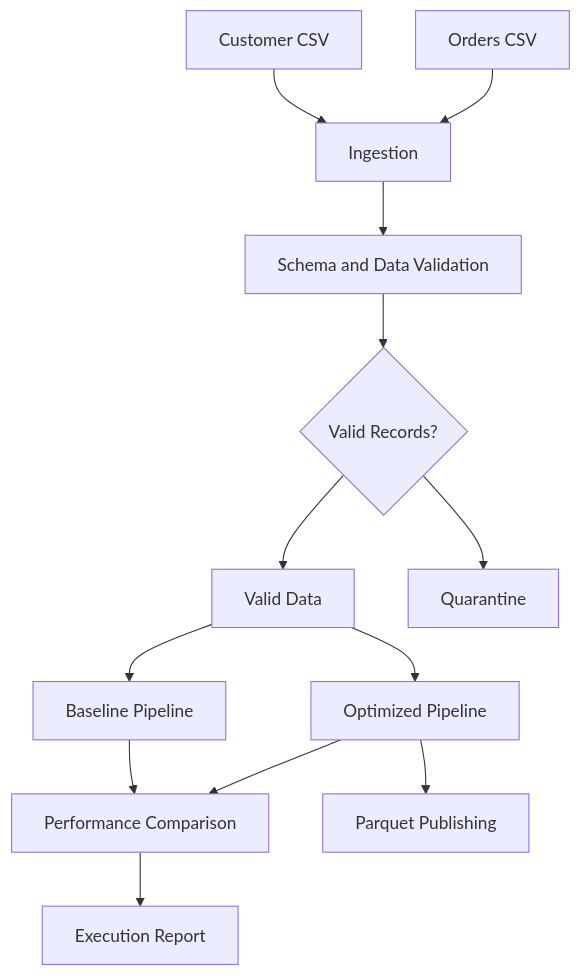
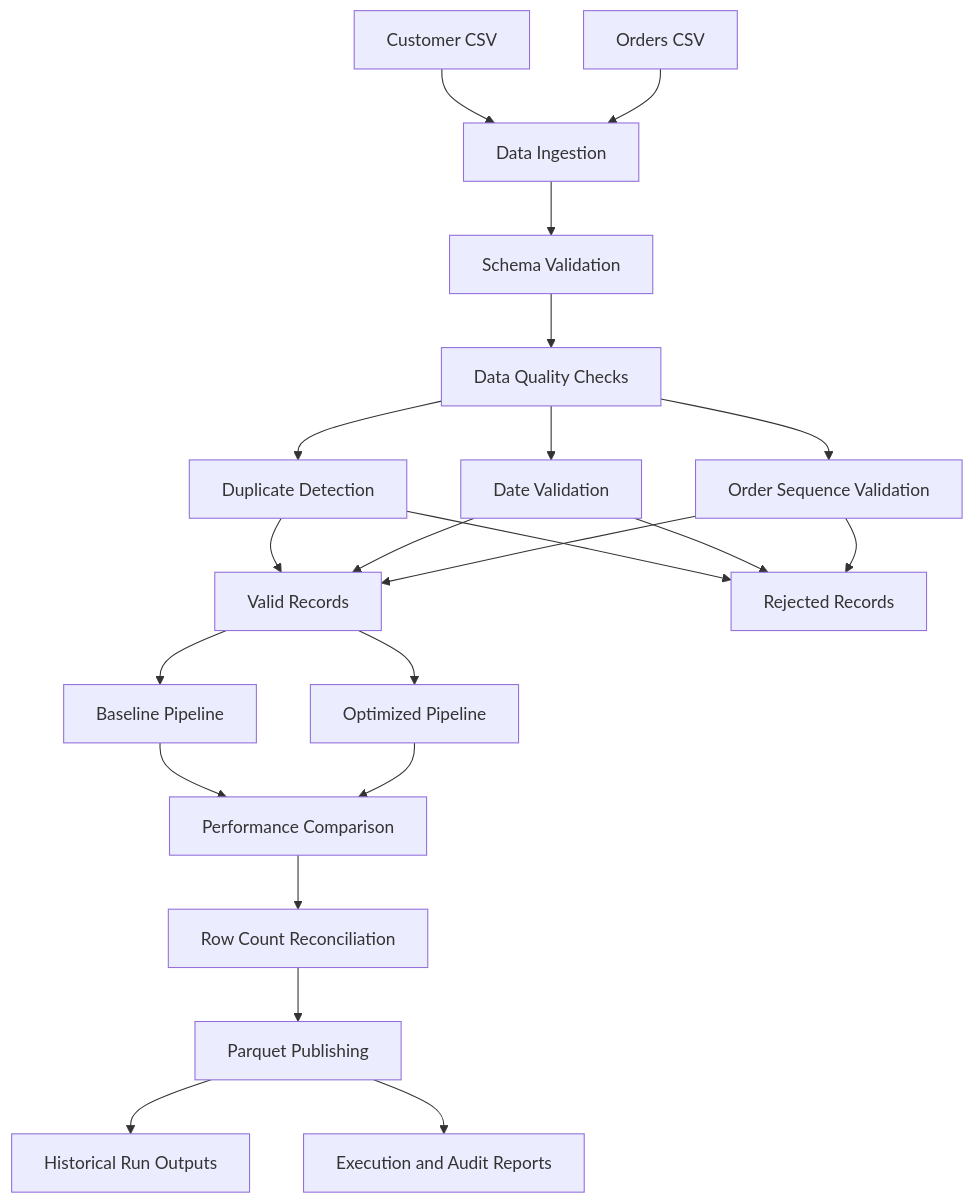
The diagram in README.md (ImranPinjari/pyspark-performance-engineering), drawn with Mermaid before and after one commit. The commit also changed other lines of this file and 7 other files, not shown here.

Commit message:
Complete PySpark ETL quality and audit framework

````diff
--- a/README.md
+++ b/README.md
@@ -18,15 +33,24 @@
 ```mermaid
 flowchart TD
-    A[Customer CSV] --> C[Ingestion]
+    A[Customer CSV] --> C[Data Ingestion]
     B[Orders CSV] --> C
-    C --> D[Schema and Data Validation]
-    D --> E{Valid Records?}
-    E --> F[Valid Data]
-    E --> G[Quarantine]
-    F --> H[Baseline Pipeline]
-    F --> I[Optimized Pipeline]
-    H --> J[Performance Comparison]
-    I --> J
-    I --> K[Parquet Publishing]
-    J --> L[Execution Report]
+    C --> D[Schema Validation]
+    D --> E[Data Quality Checks]
+    E --> F[Duplicate Detection]
+    E --> G[Date Validation]
+    E --> H[Order Sequence Validation]
+    F --> I[Valid Records]
+    G --> I
+    H --> I
+    F --> J[Rejected Records]
+    G --> J
+    H --> J
+    I --> K[Baseline Pipeline]
+    I --> L[Optimized Pipeline]
+    K --> M[Performance Comparison]
+    L --> M
+    M --> N[Row Count Reconciliation]
+    N --> O[Parquet Publishing]
+    O --> P[Historical Run Outputs]
+    O --> Q[Execution and Audit Reports]
 ```
````
